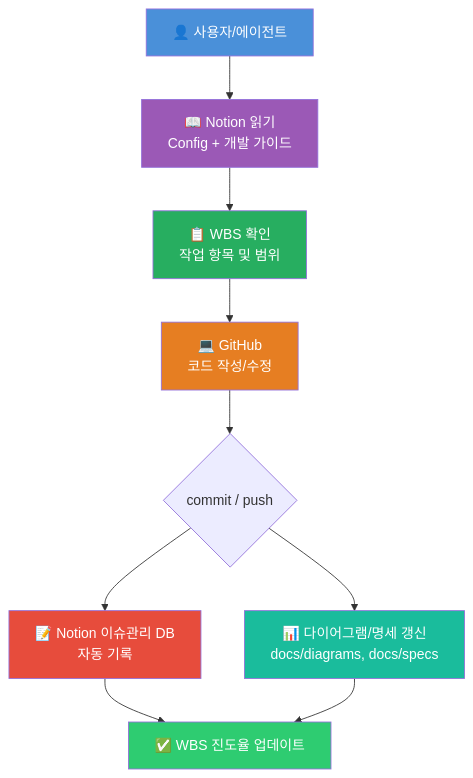
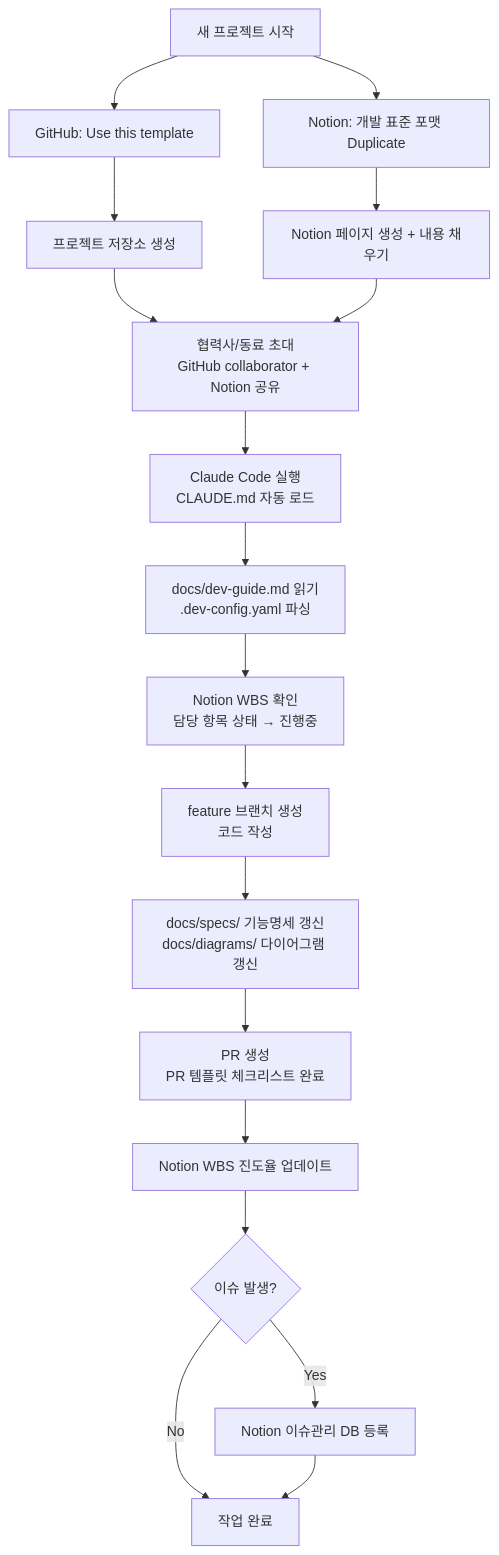
The diagram in README.md (kkw071223-ai/dev-standard-template), drawn with Mermaid before and after one commit. The commit also changed other lines of this file, not shown here.

Commit message:
Update README.md: add WORKFLOW.md and ONBOARDING.md, update file structure and quick start guide

````diff
--- a/README.md
+++ b/README.md
@@ -10,19 +10,19 @@
 ```mermaid
 flowchart TD
-    A[👤 사용자/에이전트] --> B[📖 Notion 읽기\nConfig + 개발 가이드]
-    B --> C[📋 WBS 확인\n작업 항목 및 범위]
-    C --> D[💻 GitHub\n코드 작성/수정]
-    D --> E{commit / push}
-    E --> F[📝 Notion 이슈관리 DB\n자동 기록]
-    E --> G[📊 다이어그램/명세 갱신\ndocs/diagrams, docs/specs]
-    F --> H[✅ WBS 진도율 업데이트]
-    G --> H
-
-    style A fill:#4A90D9,color:#fff
-    style B fill:#9B59B6,color:#fff
-    style C fill:#27AE60,color:#fff
-    style D fill:#E67E22,color:#fff
-    style F fill:#E74C3C,color:#fff
-    style G fill:#1ABC9C,color:#fff
-    style H fill:#2ECC71,color:#fff
+    A[새 프로젝트 시작] --> B[GitHub: Use this template]
+    A --> C[Notion: 개발 표준 포맷 Duplicate]
+    B --> D[프로젝트 저장소 생성]
+    C --> E[Notion 페이지 생성 + 내용 채우기]
+    D & E --> F[협력사/동료 초대\nGitHub collaborator + Notion 공유]
+    F --> G[Claude Code 실행\nCLAUDE.md 자동 로드]
+    G --> H[docs/dev-guide.md 읽기\n.dev-config.yaml 파싱]
+    H --> I[Notion WBS 확인\n담당 항목 상태 → 진행중]
+    I --> J[feature 브랜치 생성\n코드 작성]
+    J --> K[docs/specs/ 기능명세 갱신\ndocs/diagrams/ 다이어그램 갱신]
+    K --> L[PR 생성\nPR 템플릿 체크리스트 완료]
+    L --> M[Notion WBS 진도율 업데이트]
+    M --> N{이슈 발생?}
+    N -->|Yes| O[Notion 이슈관리 DB 등록]
+    N -->|No| P[작업 완료]
+    O --> P
 ```
````
